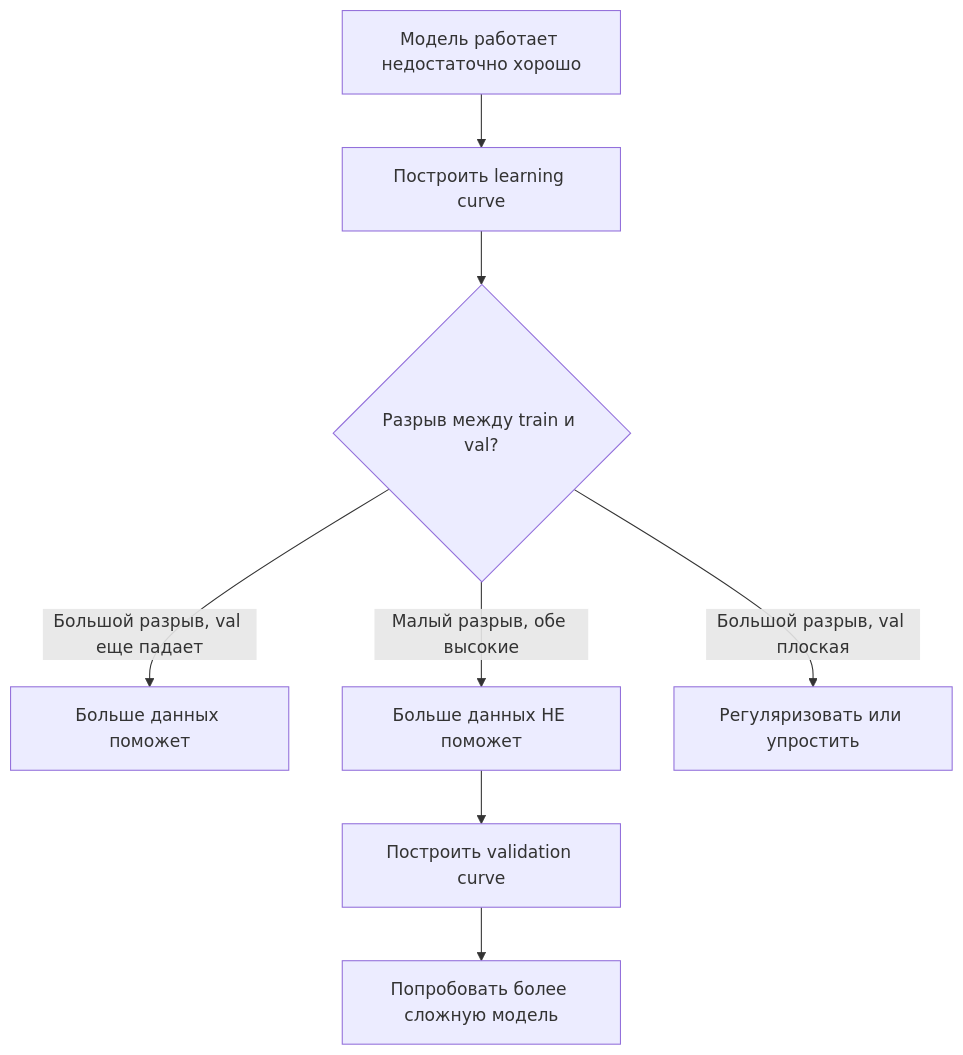
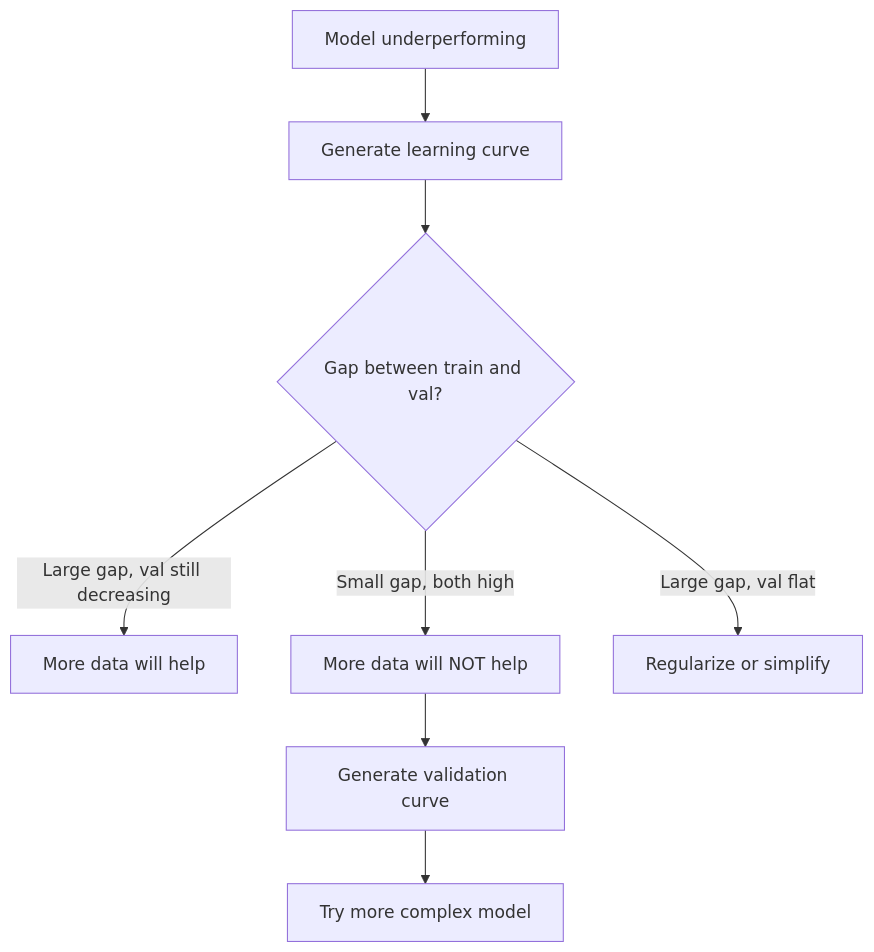
Before and after one commit to stabuev/ai-engineering-from-scratch: the fifth of 5 diagrams in phases/02-ml-fundamentals/10-bias-variance/docs/ru.md, drawn with Mermaid. The commit also changed other lines of this file and 182 other files, not shown here.

````diff
--- a/phases/02-ml-fundamentals/10-bias-variance/docs/ru.md
+++ b/phases/02-ml-fundamentals/10-bias-variance/docs/ru.md
@@ -246,10 +246,10 @@
 ```mermaid
 flowchart TD
-    A[Модель работает недостаточно хорошо] --> B[Построить learning curve]
-    B --> C{Разрыв между train и val?}
-    C -->|Большой разрыв, val еще падает| D[Больше данных поможет]
-    C -->|Малый разрыв, обе высокие| E[Больше данных НЕ поможет]
-    C -->|Большой разрыв, val плоская| F[Регуляризовать или упростить]
-    E --> G[Построить validation curve]
-    G --> H[Попробовать более сложную модель]
+    A[Model underperforming] --> B[Generate learning curve]
+    B --> C{Gap between train and val?}
+    C -->|Large gap, val still decreasing| D[More data will help]
+    C -->|Small gap, both high| E[More data will NOT help]
+    C -->|Large gap, val flat| F[Regularize or simplify]
+    E --> G[Generate validation curve]
+    G --> H[Try more complex model]
 ```
````
